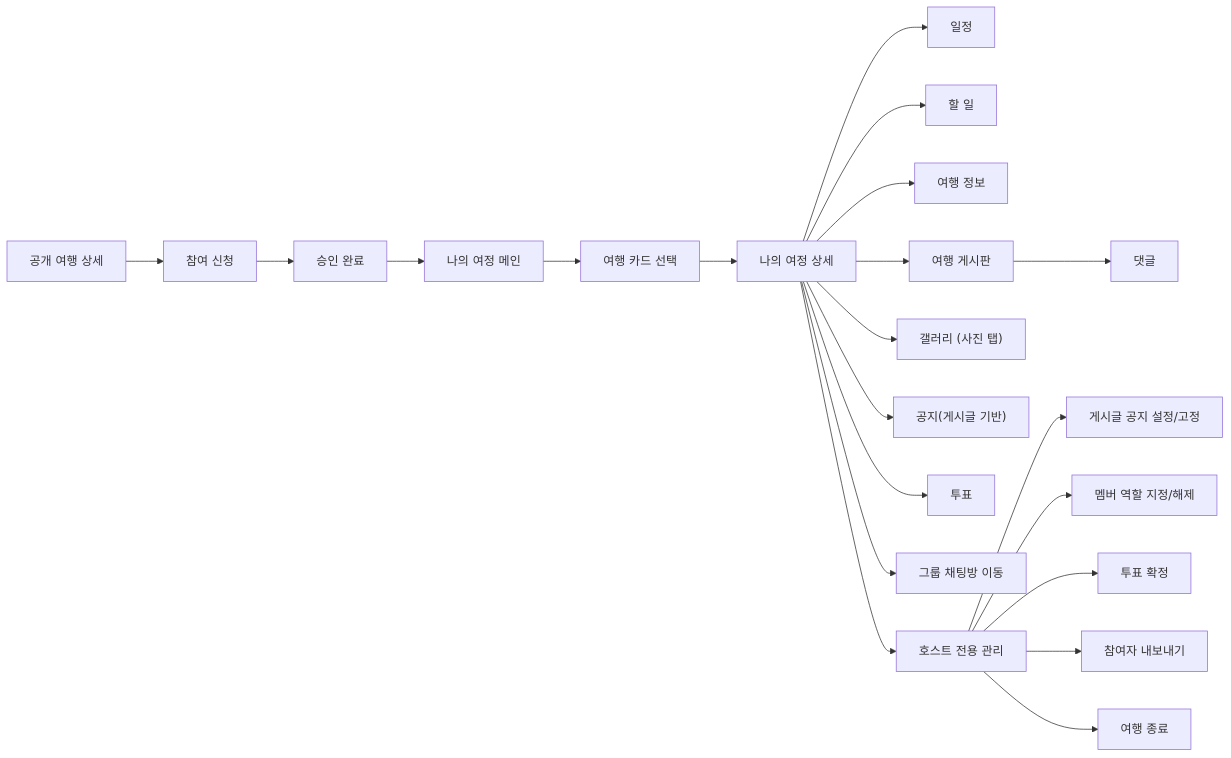
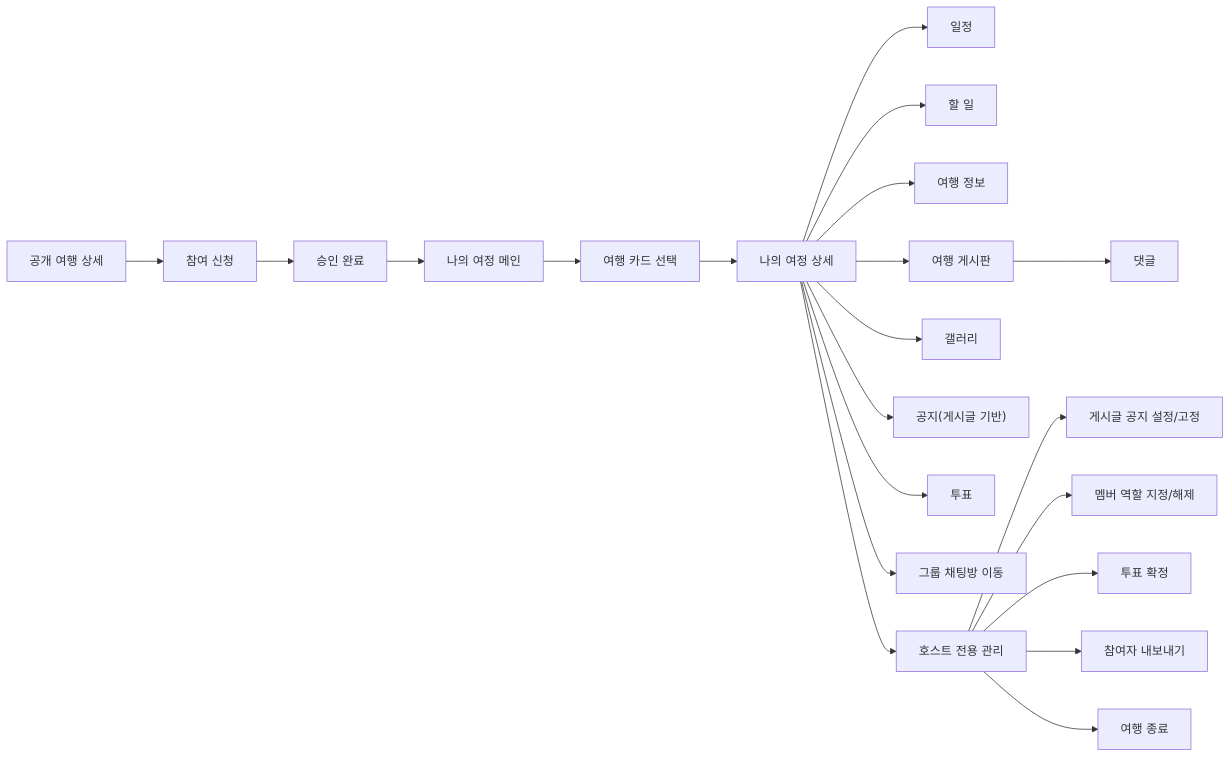
One commit to GIL-DONG-MU/ddu-ru-backend changed the diagram in docs/002-policy/flows/004-my-journey-product-flow.md. Above: the diagram before and after it, drawn with Mermaid. The commit also changed other lines of this file and 6 other files, not shown here.

````diff
--- a/docs/002-policy/flows/004-my-journey-product-flow.md
+++ b/docs/002-policy/flows/004-my-journey-product-flow.md
@@ -148,25 +148,25 @@
 ```mermaid
 flowchart LR
     A["공개 여행 상세"] --> B["참여 신청"]
     B --> C["승인 완료"]
     C --> D["나의 여정 메인"]
     D --> E["여행 카드 선택"]
     E --> F["나의 여정 상세"]
 
     F --> G["일정"]
     F --> H["할 일"]
     F --> I["여행 정보"]
     F --> J["여행 게시판"]
     J --> J2["댓글"]
-    F --> J3["갤러리 (사진 탭)"]
+    F --> J3["갤러리"]
     F --> K["공지(게시글 기반)"]
     F --> L["투표"]
     F --> M["그룹 채팅방 이동"]
 
     F --> N["호스트 전용 관리"]
     N --> N1["게시글 공지 설정/고정"]
     N --> N2["멤버 역할 지정/해제"]
     N --> N3["투표 확정"]
     N --> N4["참여자 내보내기"]
     N --> N5["여행 종료"]
 ```
````
